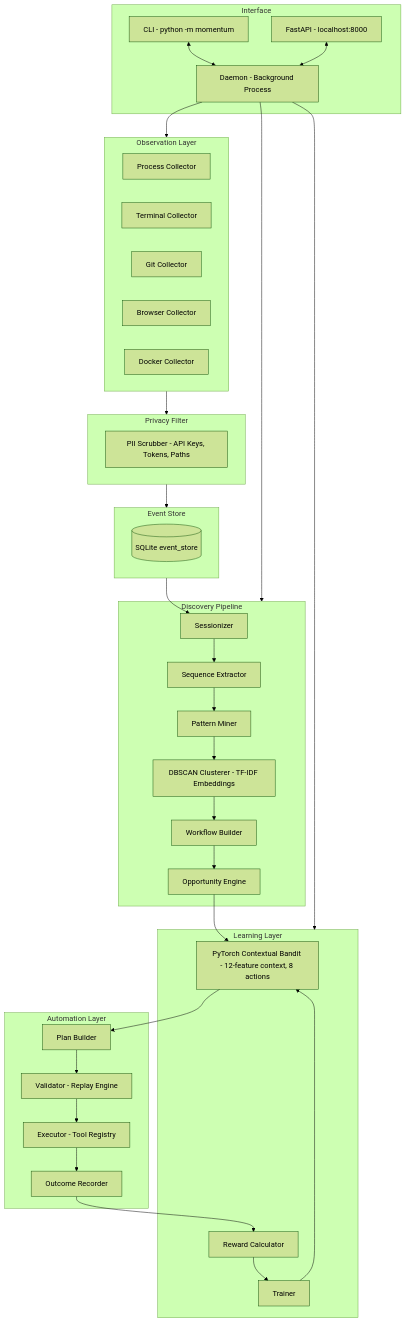
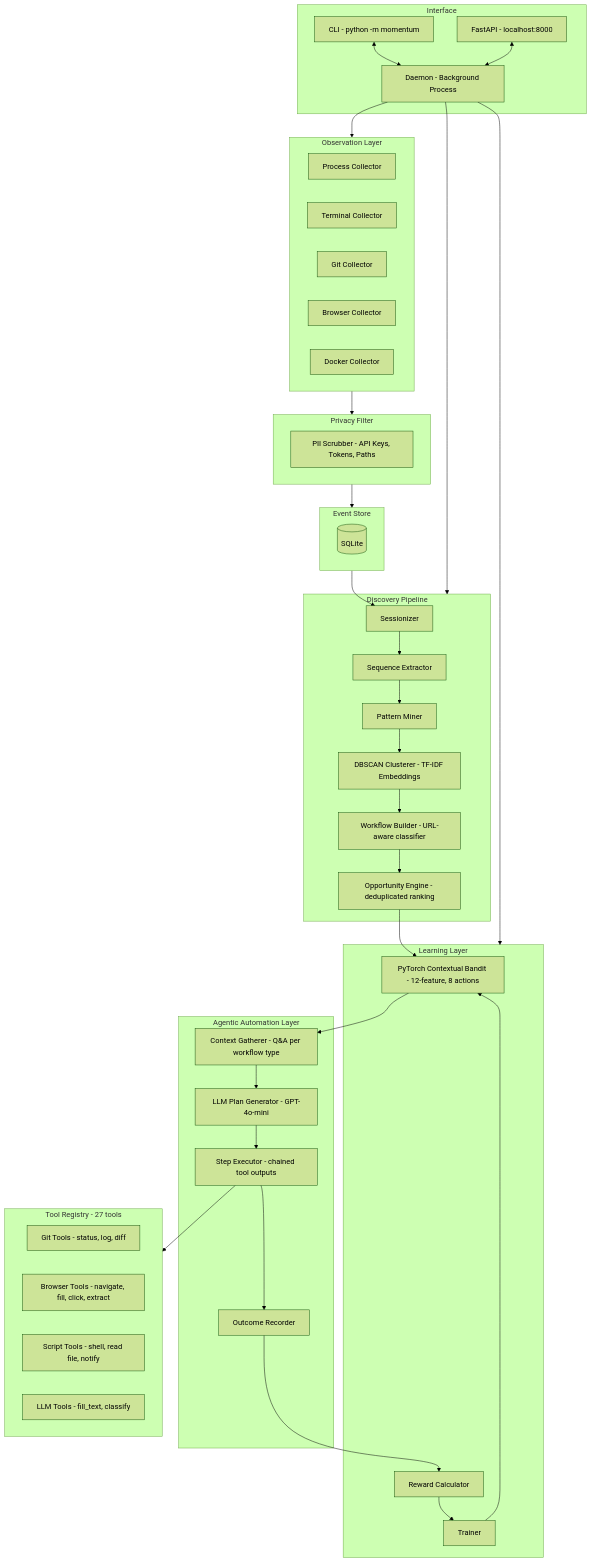
Before and after one commit to Ujjwal-Bajpayee/MOMENTUM: the diagram in README.md, drawn with Mermaid (forest theme). The commit also changed other lines of this file and 21 other files, not shown here.

Commit message:
Added .env example and changed the automation architecture

````diff
--- a/README.md
+++ b/README.md
@@ -41,56 +40,64 @@
 ```mermaid
 graph TD
     subgraph Collectors["Observation Layer"]
         PC[Process Collector]
         TC[Terminal Collector]
         GC[Git Collector]
         BC[Browser Collector]
         DC[Docker Collector]
     end
 
     subgraph Privacy["Privacy Filter"]
         PF["PII Scrubber - API Keys, Tokens, Paths"]
     end
 
     subgraph Storage["Event Store"]
-        ES[(SQLite event_store)]
+        ES[(SQLite)]
     end
 
     subgraph Discovery["Discovery Pipeline"]
         SZ[Sessionizer]
         SE[Sequence Extractor]
         PM[Pattern Miner]
         CL["DBSCAN Clusterer - TF-IDF Embeddings"]
-        WB[Workflow Builder]
-        OE[Opportunity Engine]
+        WB["Workflow Builder - URL-aware classifier"]
+        OE["Opportunity Engine - deduplicated ranking"]
     end
 
     subgraph Learning["Learning Layer"]
-        CB["PyTorch Contextual Bandit - 12-feature context, 8 actions"]
+        CB["PyTorch Contextual Bandit - 12-feature, 8 actions"]
         RW[Reward Calculator]
         TR[Trainer]
     end
 
-    subgraph Automation["Automation Layer"]
-        PB[Plan Builder]
-        VA["Validator - Replay Engine"]
-        EX["Executor - Tool Registry"]
+    subgraph Agent["Agentic Automation Layer"]
+        CG["Context Gatherer - Q&A per workflow type"]
+        LLM["LLM Plan Generator - GPT-4o-mini"]
+        EX["Step Executor - chained tool outputs"]
         OR[Outcome Recorder]
+    end
+
+    subgraph Tools["Tool Registry - 27 tools"]
+        GT["Git Tools - status, log, diff"]
+        BT["Browser Tools - navigate, fill, click, extract"]
+        ST["Script Tools - shell, read file, notify"]
+        LT["LLM Tools - fill_text, classify"]
     end
 
     subgraph Interface["Interface"]
         CLI["CLI - python -m momentum"]
         API["FastAPI - localhost:8000"]
         DM["Daemon - Background Process"]
     end
 
     Collectors --> Privacy --> Storage
     Storage --> SZ --> SE --> PM --> CL --> WB --> OE
     OE --> CB
-    CB --> PB --> VA --> EX --> OR --> RW --> TR --> CB
+    CB --> CG --> LLM --> EX --> OR --> RW --> TR --> CB
+    EX --> Tools
     CLI <--> DM
     API <--> DM
     DM --> Collectors
     DM --> Discovery
     DM --> Learning
 ```
````
